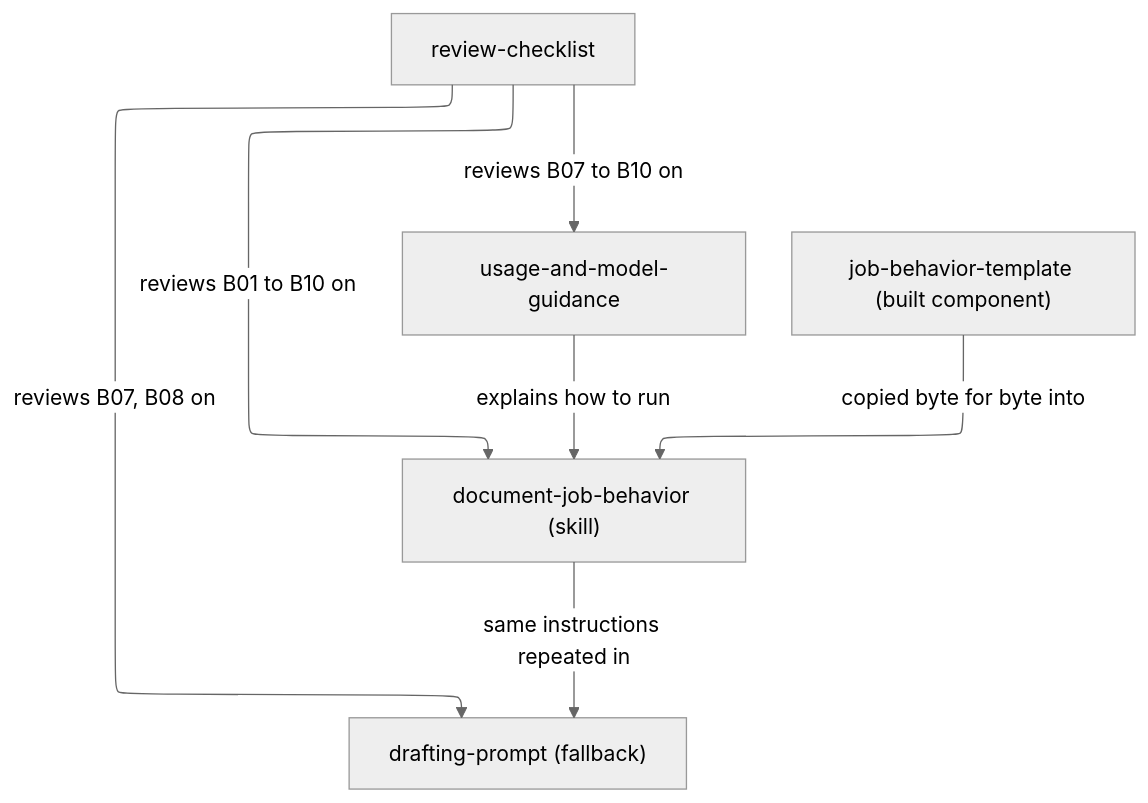
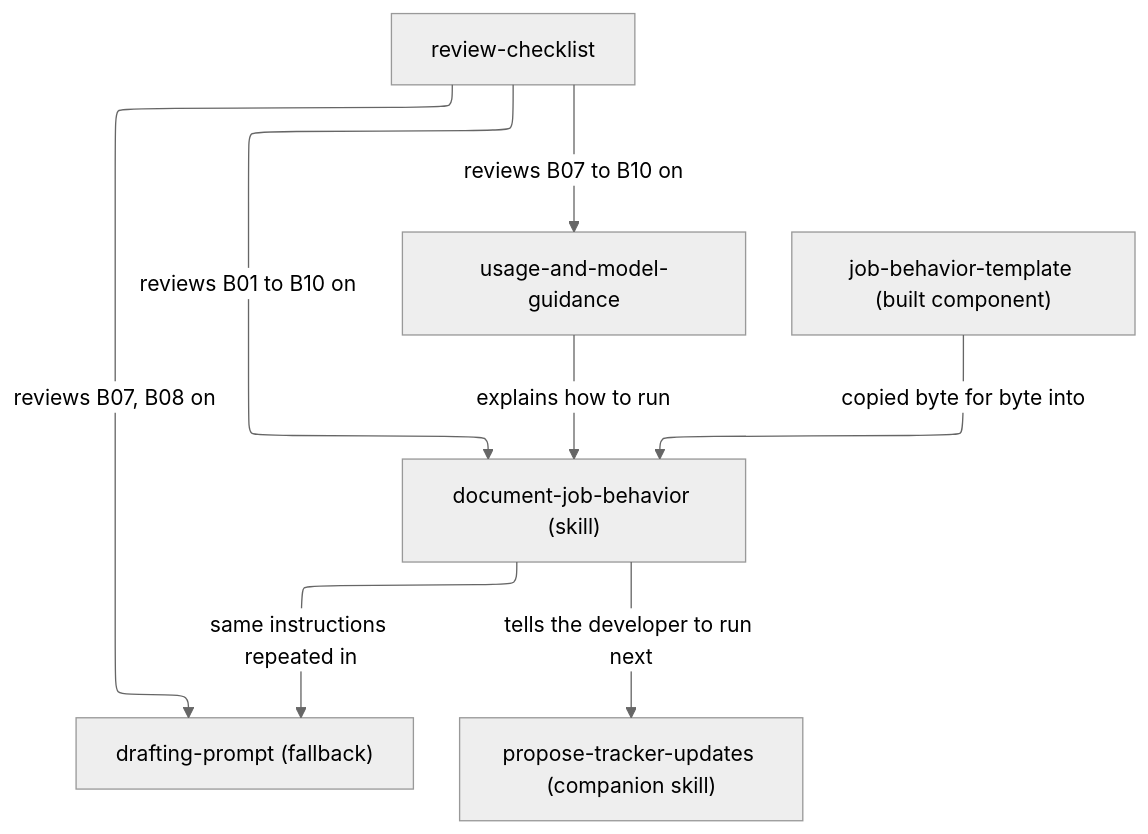
The diagram in copilot-drafting-guide/README.md (vrparthasarathy/migration-job-discovery), drawn with Mermaid (neutral theme) before and after one commit. The commit also changed other lines of this file and 117 other files, not shown here.

````diff
--- a/copilot-drafting-guide/README.md
+++ b/copilot-drafting-guide/README.md
@@ -26,24 +29,27 @@
 ```mermaid
 ---
 config:
   layout: elk
 ---
 %%{init: {"securityLevel": "loose"}}%%
 flowchart TB
   chk["review-checklist"]
   skill["document-job-behavior (skill)"]
   guidance["usage-and-model-guidance"]
   prompt["drafting-prompt (fallback)"]
   tmpl["job-behavior-template (built component)"]
+  next["propose-tracker-updates (companion skill)"]
   click chk "review-checklist.md"
   click skill "document-job-behavior/SKILL.md"
   click guidance "usage-and-model-guidance.md"
   click prompt "drafting-prompt.md"
   click tmpl "../job-behavior-template/README.md"
+  click next "../tracker-update-proposer/README.md"
   tmpl -->|"copied byte for byte into"| skill
   skill -->|"same instructions repeated in"| prompt
+  skill -->|"tells the developer to run next"| next
   guidance -->|"explains how to run"| skill
   chk -->|"reviews B01 to B10 on"| skill
   chk -->|"reviews B07 to B10 on"| guidance
   chk -->|"reviews B07, B08 on"| prompt
 ```
````
